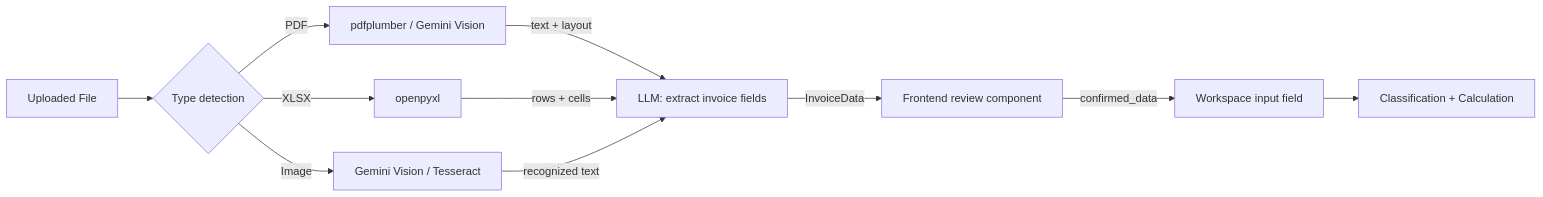
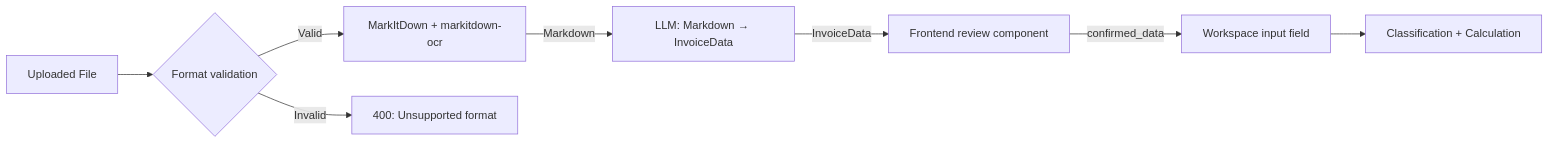
The third of 3 diagrams in flows/integrations/document_parsing_flow.md (Laurentzius/smartkeden), drawn with Mermaid before and after one commit. The commit also changed other lines of this file and 23 other files, not shown here.

````diff
--- a/flows/integrations/document_parsing_flow.md
+++ b/flows/integrations/document_parsing_flow.md
@@ -110,16 +103,13 @@
 ```mermaid
 flowchart LR
-  File[Uploaded File] --> TypeDetector{Type detection}
+  File[Uploaded File] --> Validator{Format validation}
 
-  TypeDetector -->|PDF| PDFExtractor[pdfplumber / Gemini Vision]
-  TypeDetector -->|XLSX| ExcelParser[openpyxl]
-  TypeDetector -->|Image| OCRImage[Gemini Vision / Tesseract]
+  Validator -->|Valid| MarkItDown[MarkItDown + markitdown-ocr]
+  Validator -->|Invalid| Error[400: Unsupported format]
 
-  PDFExtractor -->|text + layout| Structurizer[LLM: extract invoice fields]
-  ExcelParser -->|rows + cells| Structurizer
-  OCRImage -->|recognized text| Structurizer
+  MarkItDown -->|Markdown| Structurizer[LLM: Markdown → InvoiceData]
 
   Structurizer -->|InvoiceData| ReviewScreen[Frontend review component]
   ReviewScreen -->|confirmed_data| WorkspaceInput[Workspace input field]
   WorkspaceInput --> CalcPipeline[Classification + Calculation]
 ```
````
